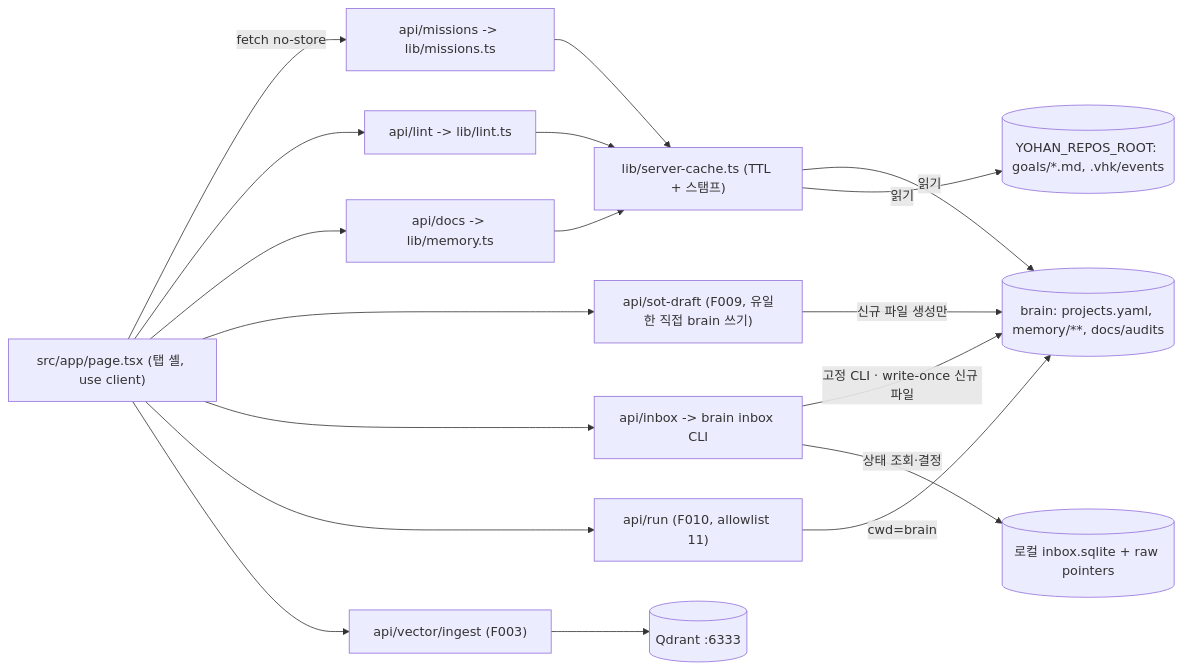
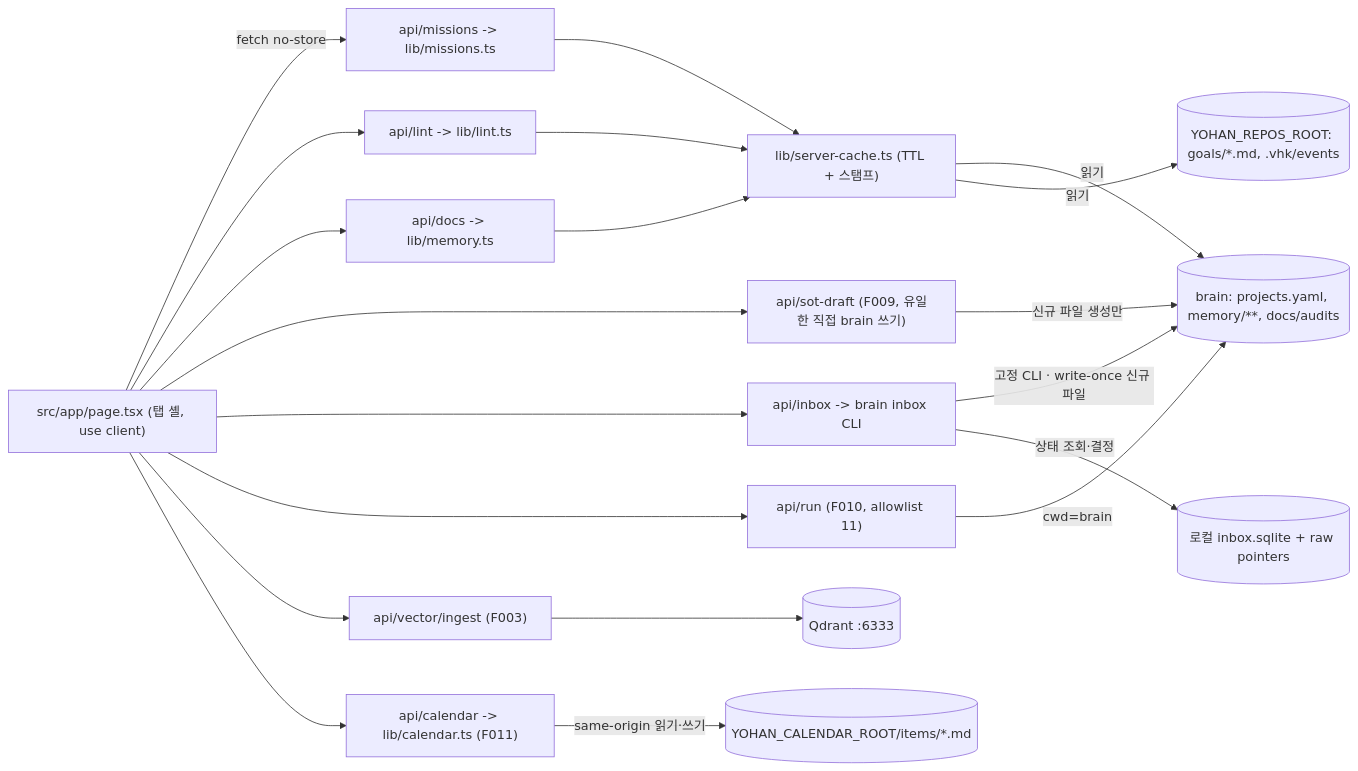
One commit to byh3071-cpu/yohan-control-tower changed the diagram in docs/ARCHITECTURE.md. Above: the diagram before and after it, drawn with Mermaid. The commit also changed other lines of this file and 22 other files, not shown here.

````diff
--- a/docs/ARCHITECTURE.md
+++ b/docs/ARCHITECTURE.md
@@ -78,33 +81,37 @@
 ```mermaid
 flowchart LR
   UI["src/app/page.tsx (탭 셸, use client)"]
   M["api/missions -> lib/missions.ts"]
   L["api/lint -> lib/lint.ts"]
   D["api/docs -> lib/memory.ts"]
   S["api/sot-draft (F009, 유일한 직접 brain 쓰기)"]
   I["api/inbox -> brain inbox CLI"]
   R["api/run (F010, allowlist 11)"]
   V["api/vector/ingest (F003)"]
+  C["api/calendar -> lib/calendar.ts (F011)"]
   CACHE["lib/server-cache.ts (TTL + 스탬프)"]
   BRAIN[("brain: projects.yaml, memory/**, docs/audits")]
   INBOX[("로컬 inbox.sqlite + raw pointers")]
   REPOS[("YOHAN_REPOS_ROOT: goals/*.md, .vhk/events")]
   Q[("Qdrant :6333")]
+  CAL[("YOHAN_CALENDAR_ROOT/items/*.md")]
   UI -->|fetch no-store| M
   UI --> L
   UI --> D
   UI --> S
   UI --> I
   UI --> R
   UI --> V
+  UI --> C
   M --> CACHE
   L --> CACHE
   D --> CACHE
   CACHE -->|읽기| BRAIN
   CACHE -->|읽기| REPOS
   R -->|cwd=brain| BRAIN
   S -->|신규 파일 생성만| BRAIN
   I -->|고정 CLI · write-once 신규 파일| BRAIN
   I -->|상태 조회·결정| INBOX
   V --> Q
+  C -->|same-origin 읽기·쓰기| CAL
 ```
````
